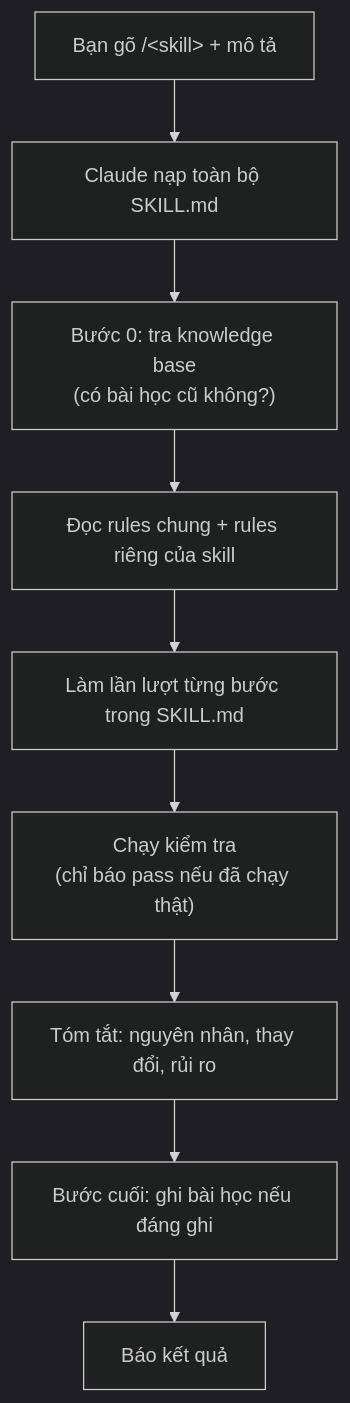
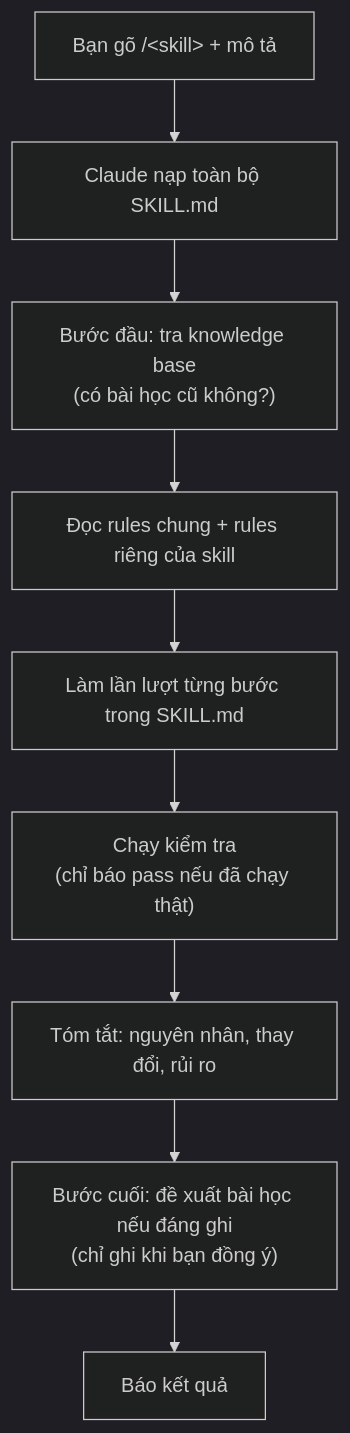
Before and after one commit to phthuan/Cadena.AI-Engineering: the third of 5 diagrams in docs/execution-flow.md, drawn with Mermaid (dark theme). The commit also changed other lines of this file and 79 other files, not shown here.

````diff
--- a/docs/execution-flow.md
+++ b/docs/execution-flow.md
@@ -82,11 +82,11 @@
 ```mermaid
 flowchart TD
     U["Bạn gõ /&lt;skill&gt; + mô tả"] --> L["Claude nạp toàn bộ SKILL.md"]
-    L --> K1["Bước 0: tra knowledge base<br/>(có bài học cũ không?)"]
+    L --> K1["Bước đầu: tra knowledge base<br/>(có bài học cũ không?)"]
     K1 --> R["Đọc rules chung + rules riêng của skill"]
     R --> S["Làm lần lượt từng bước trong SKILL.md"]
     S --> V["Chạy kiểm tra<br/>(chỉ báo pass nếu đã chạy thật)"]
     V --> SUM["Tóm tắt: nguyên nhân, thay đổi, rủi ro"]
-    SUM --> K2["Bước cuối: ghi bài học nếu đáng ghi"]
+    SUM --> K2["Bước cuối: đề xuất bài học nếu đáng ghi<br/>(chỉ ghi khi bạn đồng ý)"]
     K2 --> END["Báo kết quả"]
 ```
````
